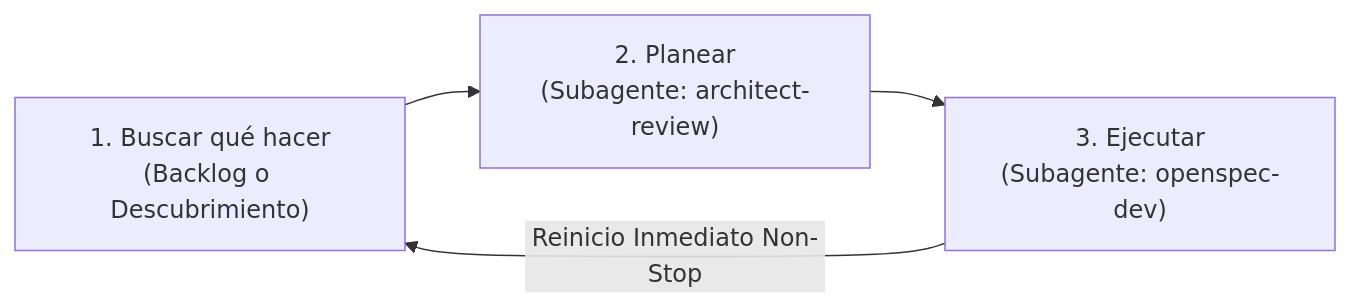
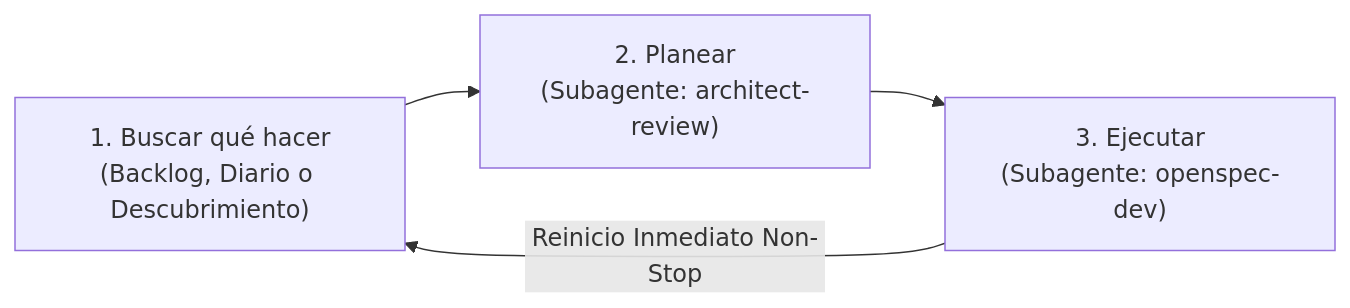
One commit to carcheky/woptimizer changed the diagram in .agents/skills/id-pipeline/SKILL.md. Above: the diagram before and after it, drawn with Mermaid. The commit also changed other lines of this file and 1 other file, not shown here.

Commit message:
feat(id-pipeline): anadir circuit breaker, diario persistente y git seguro

````diff
--- a/.agents/skills/id-pipeline/SKILL.md
+++ b/.agents/skills/id-pipeline/SKILL.md
@@ -11,6 +11,6 @@
 ```mermaid
 flowchart LR
-    P1["1. Buscar qué hacer<br/>(Backlog o Descubrimiento)"] --> P2["2. Planear<br/>(Subagente: architect-review)"]
+    P1["1. Buscar qué hacer<br/>(Backlog, Diario o Descubrimiento)"] --> P2["2. Planear<br/>(Subagente: architect-review)"]
     P2 --> P3["3. Ejecutar<br/>(Subagente: openspec-dev)"]
     P3 -- "Reinicio Inmediato Non-Stop" --> P1
 ```
````
